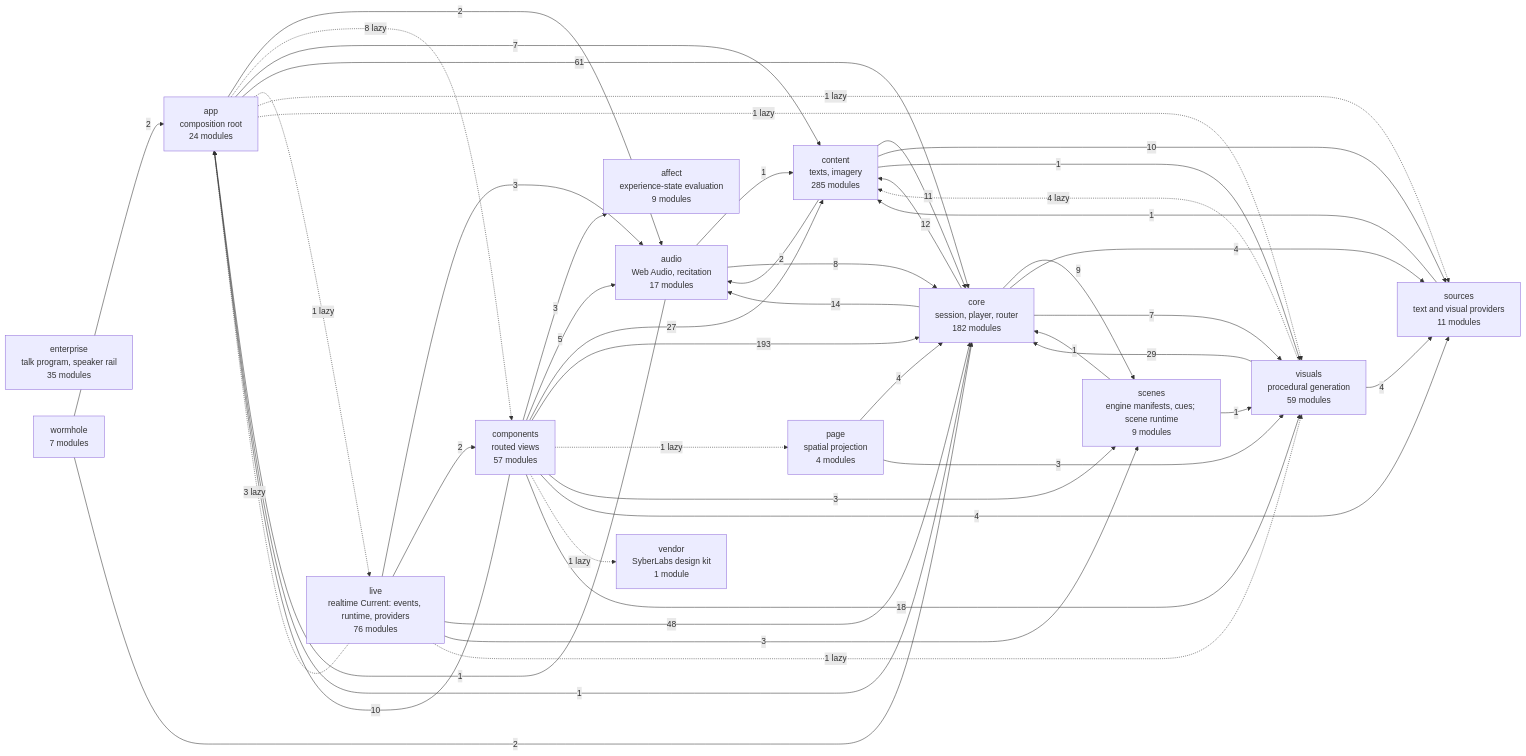
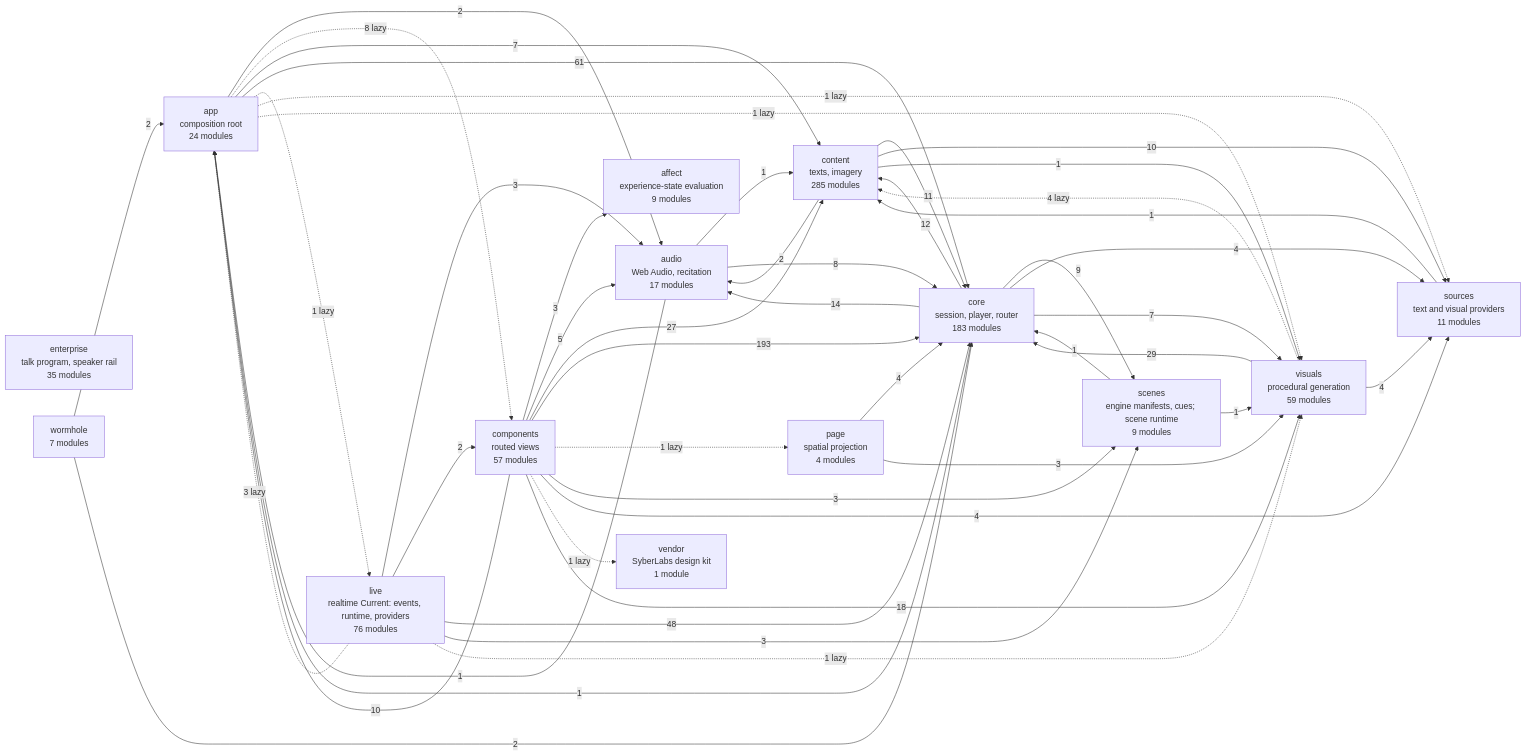
Before and after one commit to SyberLabs/RISE: the diagram in docs/specs/ARCHITECTURE.md, drawn with Mermaid. The commit also changed 8 other files, not shown here.

````diff
--- a/docs/specs/ARCHITECTURE.md
+++ b/docs/specs/ARCHITECTURE.md
@@ -161,64 +161,64 @@
 ```mermaid
 flowchart LR
     affect["affect<br/>experience-state evaluation<br/>9 modules"]
     app["app<br/>composition root<br/>24 modules"]
     audio["audio<br/>Web Audio, recitation<br/>17 modules"]
     components["components<br/>routed views<br/>57 modules"]
     content["content<br/>texts, imagery<br/>285 modules"]
-    core["core<br/>session, player, router<br/>182 modules"]
+    core["core<br/>session, player, router<br/>183 modules"]
     enterprise["enterprise<br/>talk program, speaker rail<br/>35 modules"]
     live["live<br/>realtime Current: events, runtime, providers<br/>76 modules"]
     page["page<br/>spatial projection<br/>4 modules"]
     scenes["scenes<br/>engine manifests, cues; scene runtime<br/>9 modules"]
     sources["sources<br/>text and visual providers<br/>11 modules"]
     vendor["vendor<br/>SyberLabs design kit<br/>1 module"]
     visuals["visuals<br/>procedural generation<br/>59 modules"]
     wormhole["wormhole<br/>7 modules"]
 
     app --> |2| audio
     app -.-> |8 lazy| components
     app --> |7| content
     app --> |61| core
     app -.-> |1 lazy| live
     app -.-> |1 lazy| sources
     app -.-> |1 lazy| visuals
     audio --> |1| app
     audio --> |1| content
     audio --> |8| core
     components --> |3| affect
     components --> |10| app
     components --> |5| audio
     components --> |27| content
     components --> |193| core
     components -.-> |1 lazy| page
     components --> |3| scenes
     components --> |4| sources
     components -.-> |1 lazy| vendor
     components --> |18| visuals
     content --> |2| audio
     content --> |11| core
     content --> |10| sources
     content --> |1| visuals
     core --> |1| app
     core --> |14| audio
     core --> |12| content
     core --> |9| scenes
     core --> |4| sources
     core --> |7| visuals
     live -.-> |3 lazy| app
     live --> |3| audio
     live --> |2| components
     live --> |48| core
     live --> |3| scenes
     live -.-> |1 lazy| visuals
     page --> |4| core
     page --> |3| visuals
     scenes --> |1| core
     scenes --> |1| visuals
     sources --> |1| content
     visuals -.-> |4 lazy| content
     visuals --> |29| core
     visuals --> |4| sources
     wormhole --> |2| app
     wormhole --> |2| core
 ```
````
